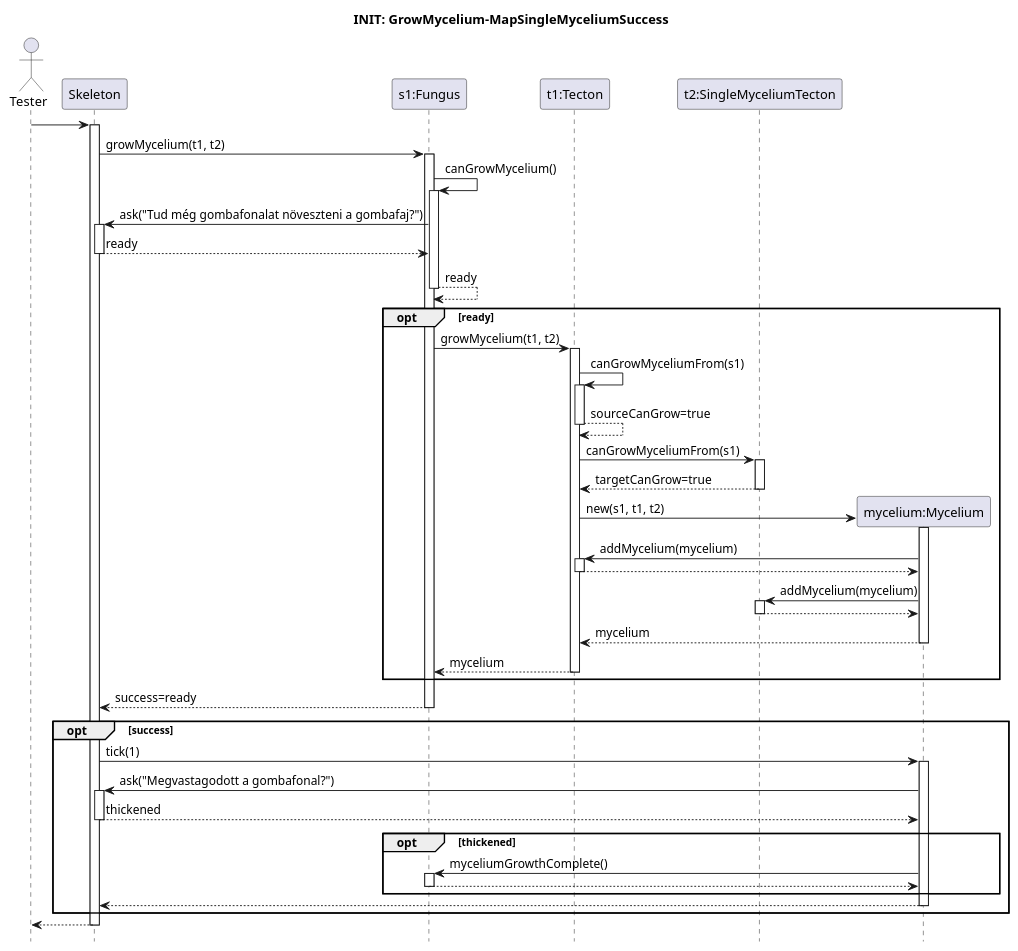
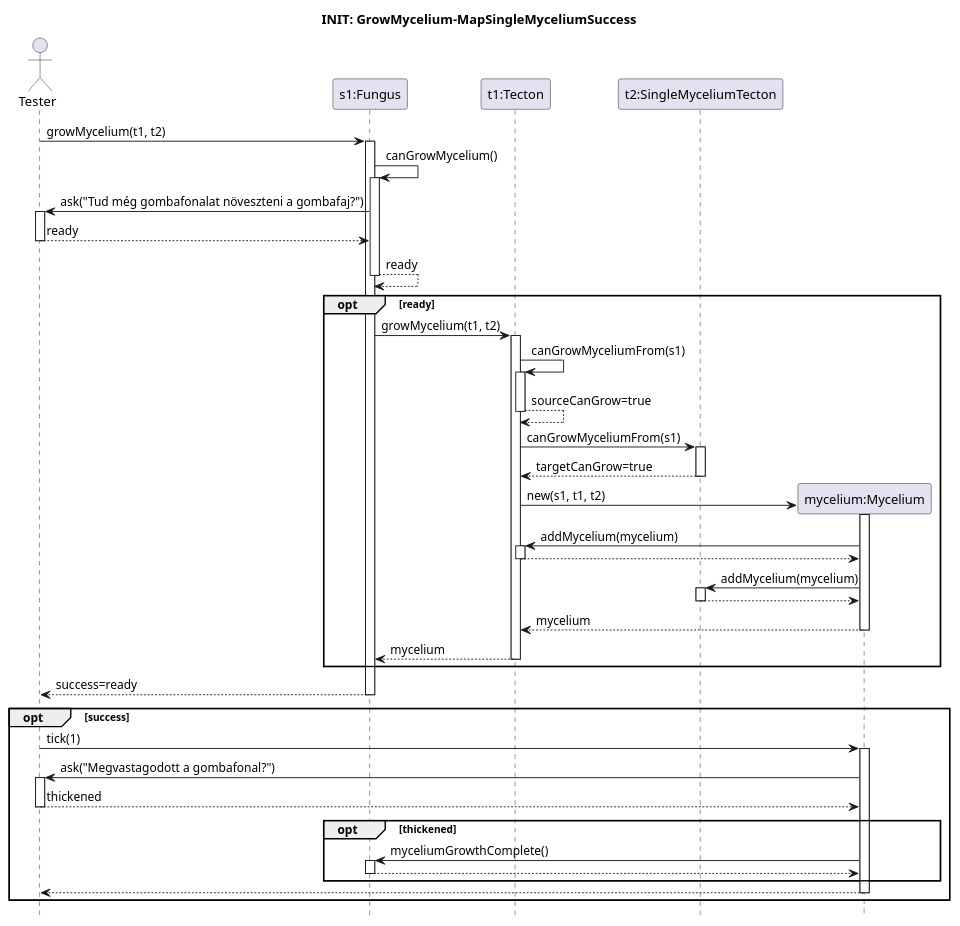
One commit to ZD4ve/projlab-error521 changed the diagram in Skeleton/Grow-mycelium/singlemycelium-success.pu. Above: the diagram before and after it, drawn with PlantUML. The commit also changed 5 other files, not shown here.

Commit message:
removed Skeleton from the closet (seq. diagrams)

```diff
--- a/Skeleton/Grow-mycelium/singlemycelium-success.pu
+++ b/Skeleton/Grow-mycelium/singlemycelium-success.pu
@@ -1,75 +1,70 @@
 @startuml grow-mycelium-success
 hide footbox
 
 title INIT: GrowMycelium-MapSingleMyceliumSuccess
 
 actor Tester
-participant Skeleton
 participant "s1:Fungus" as species
 participant "t1:Tecton" as source
 participant "t2:SingleMyceliumTecton" as target
 participant "mycelium:Mycelium" as mycelium
 
-Tester -> Skeleton
-activate Skeleton
-
-Skeleton -> species : growMycelium(t1, t2)
+Tester -> species : growMycelium(t1, t2)
 activate species
 
 species -> species : canGrowMycelium()
 activate species
 
-Skeleton <- species : ask("Tud még gombafonalat növeszteni a gombafaj?")
-activate Skeleton
+Tester <- species : ask("Tud még gombafonalat növeszteni a gombafaj?")
+activate Tester
 return ready
 
 return ready
 
 opt ready
 
     species -> source : growMycelium(t1, t2)
     activate source
         source -> source : canGrowMyceliumFrom(s1)
         activate source
         return sourceCanGrow=true
 
         source -> target : canGrowMyceliumFrom(s1)
         activate target
         return targetCanGrow=true
 
         create mycelium
         source -> mycelium : new(s1, t1, t2)
         activate mycelium
 
         mycelium -> source : addMycelium(mycelium)
         activate source
         return
 
         mycelium -> target : addMycelium(mycelium)
         activate target
         return
 
         return mycelium
 
     return mycelium
 end
 return success=ready
 
 opt success
-    Skeleton -> mycelium : tick(1)
+    Tester -> mycelium : tick(1)
     activate mycelium
 
-    Skeleton <- mycelium : ask("Megvastagodott a gombafonal?")
-    activate Skeleton
+    Tester <- mycelium : ask("Megvastagodott a gombafonal?")
+    activate Tester
     return thickened
 
     opt thickened 
         mycelium -> species : myceliumGrowthComplete()
         activate species
         return
     end
 
     return
 end
-return
 @enduml
```
